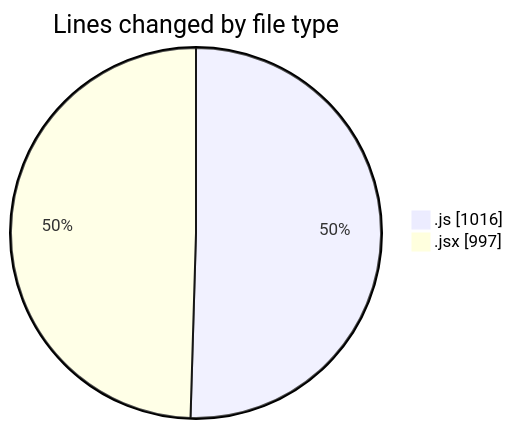
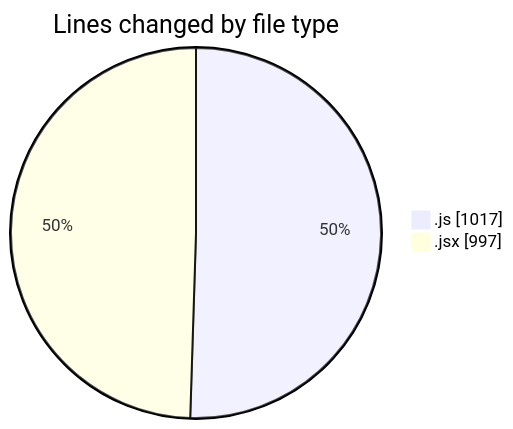
The first of 2 diagrams in 2025-04-08/nxtqube_webapp/README.md (nxtqubesakshisongat/code-tracking), drawn with Mermaid before and after one commit. The commit also changed other lines of this file and 1 other file, not shown here.

````diff
--- a/2025-04-08/nxtqube_webapp/README.md
+++ b/2025-04-08/nxtqube_webapp/README.md
@@ -24,6 +24,6 @@
 ```mermaid
 pie showData
 title Lines changed by file type
-".js" : 1016
+".js" : 1017
 ".jsx" : 997
 ```
````
